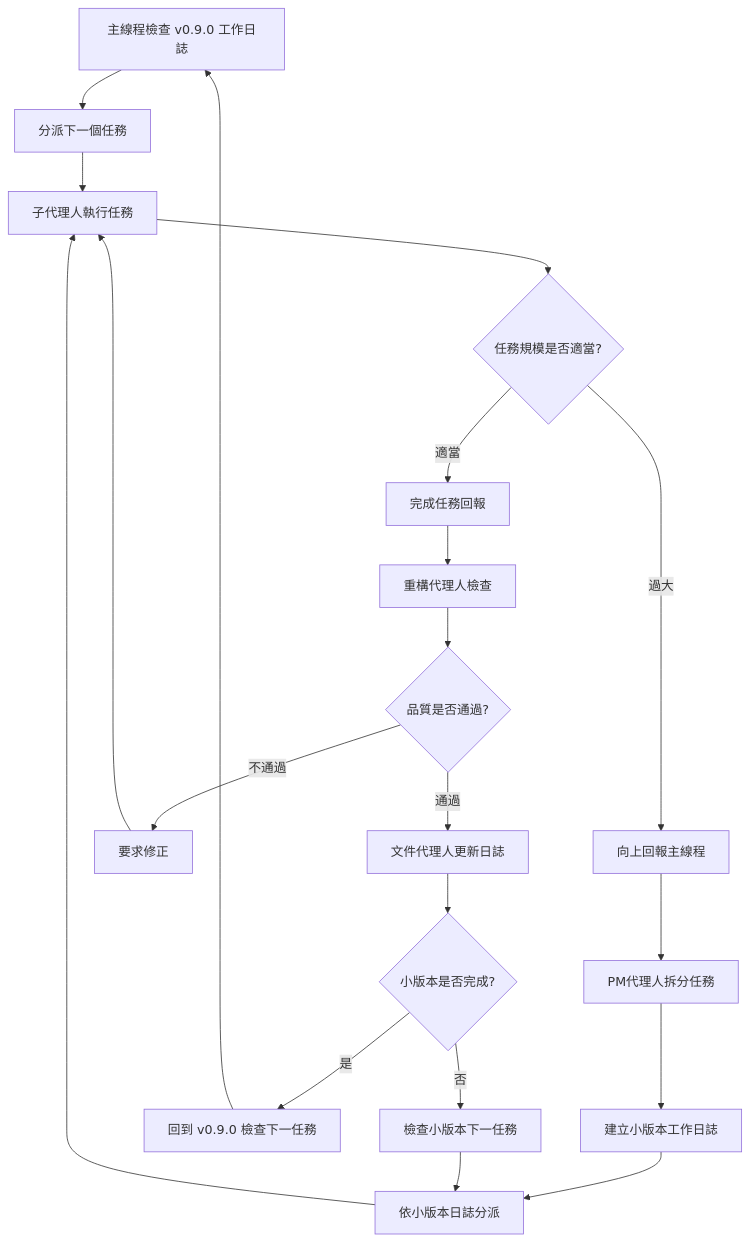
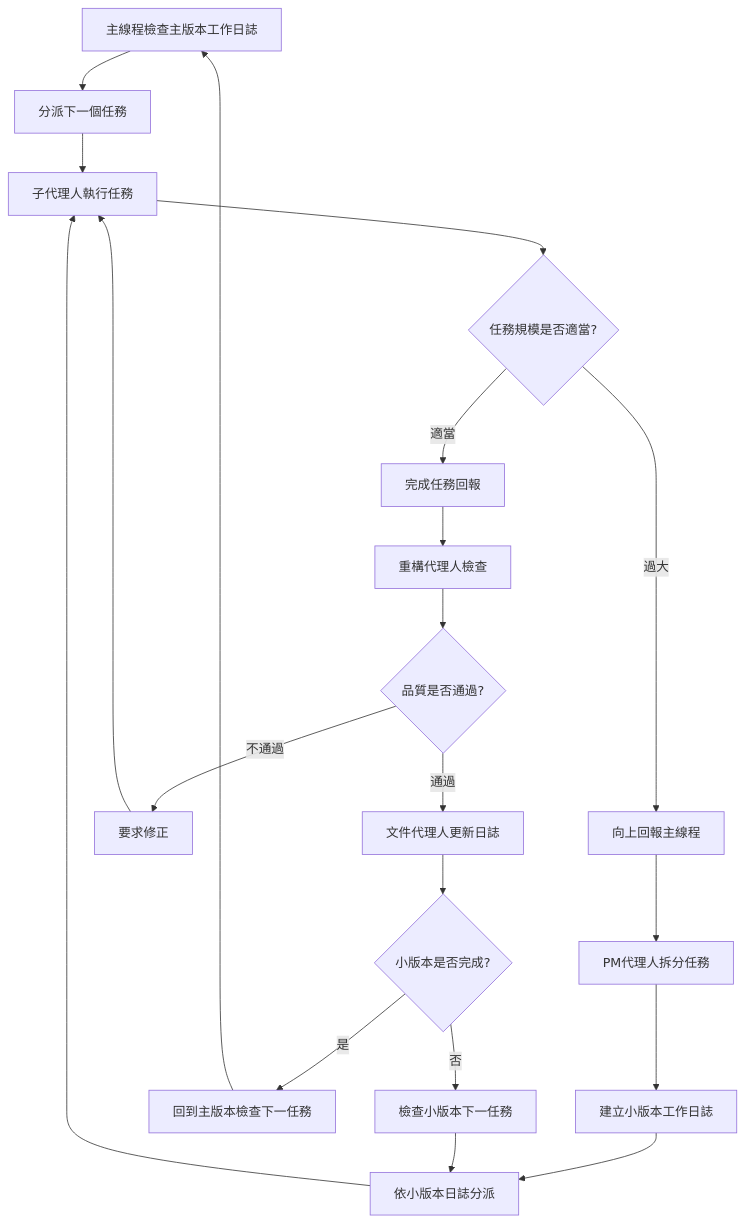
The second of 6 diagrams in content/record/agile-refactor-methodology.md (tarrragon/blog), drawn with Mermaid before and after one commit. The commit also changed other lines of this file, not shown here.

````diff
--- a/content/record/agile-refactor-methodology.md
+++ b/content/record/agile-refactor-methodology.md
@@ -222,22 +232,22 @@
 ```mermaid
 graph TD
-    A[主線程檢查 v0.9.0 工作日誌] --> B[分派下一個任務]
+    A[主線程檢查主版本工作日誌] --> B[分派下一個任務]
     B --> C[子代理人執行任務]
     C --> D{任務規模是否適當?}
     D -->|過大| E[向上回報主線程]
     E --> F[PM代理人拆分任務]
     F --> G[建立小版本工作日誌]
     G --> H[依小版本日誌分派]
     H --> C
     D -->|適當| I[完成任務回報]
     I --> J[重構代理人檢查]
     J --> K{品質是否通過?}
     K -->|不通過| L[要求修正]
     L --> C
     K -->|通過| M[文件代理人更新日誌]
     M --> N{小版本是否完成?}
-    N -->|是| O[回到 v0.9.0 檢查下一任務]
+    N -->|是| O[回到主版本檢查下一任務]
     N -->|否| P[檢查小版本下一任務]
     P --> H
     O --> A
 ```
````
